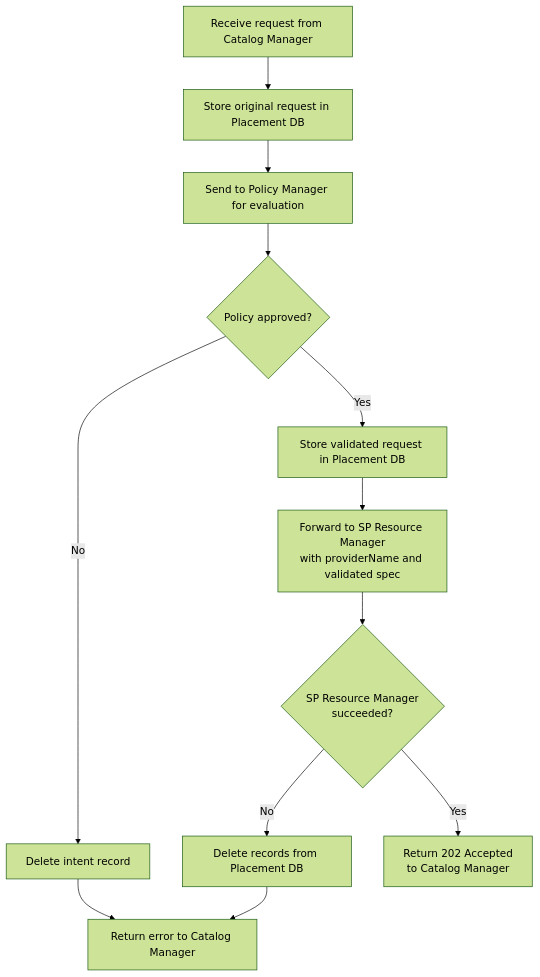
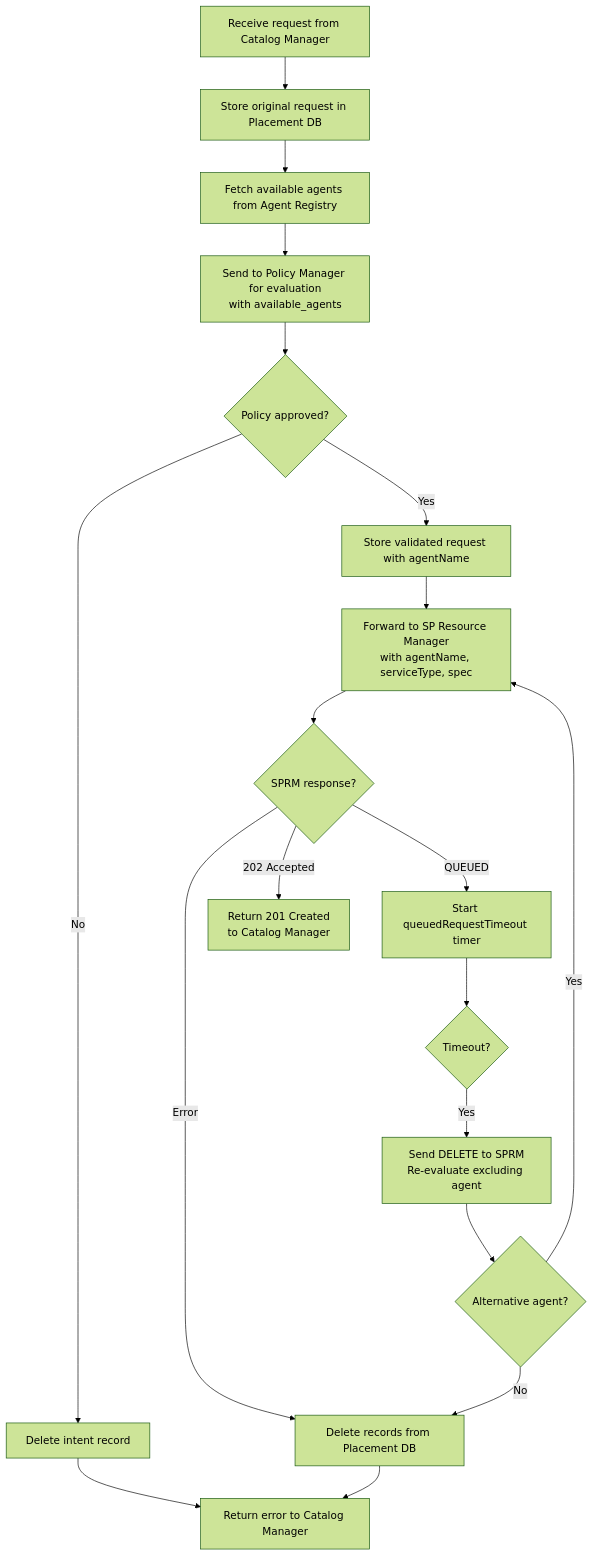
Before and after one commit to dcm-project/enhancements: diagram 15 of 23 in enhancements/user-flows/user-flows.md, drawn with Mermaid (forest theme). The commit also changed other lines of this file and 7 other files, not shown here.

````diff
--- a/enhancements/user-flows/user-flows.md
+++ b/enhancements/user-flows/user-flows.md
@@ -684,14 +903,21 @@
 ```mermaid
 flowchart TD
     A[Receive request from Catalog Manager] --> B[Store original request in Placement DB]
-    B --> C[Send to Policy Manager for evaluation]
-    C --> D{Policy approved?}
-    D -->|No| E[Delete intent record]
-    E --> F[Return error to Catalog Manager]
-    D -->|Yes| G[Store validated request in Placement DB]
-    G --> H[Forward to SP Resource Manager<br/>with providerName and validated spec]
-    H --> I{SP Resource Manager<br/>succeeded?}
-    I -->|No| J[Delete records from Placement DB]
-    J --> F
-    I -->|Yes| K[Return 202 Accepted<br/>to Catalog Manager]
+    B --> C[Fetch available agents from Agent Registry]
+    C --> D[Send to Policy Manager for evaluation<br/>with available_agents]
+    D --> E{Policy approved?}
+    E -->|No| F[Delete intent record]
+    F --> G[Return error to Catalog Manager]
+    E -->|Yes| H[Store validated request with agentName]
+    H --> I[Forward to SP Resource Manager<br/>with agentName, serviceType, spec]
+    I --> J{SPRM response?}
+    J -->|Error| K[Delete records from Placement DB]
+    K --> G
+    J -->|202 Accepted| L[Return 201 Created<br/>to Catalog Manager]
+    J -->|QUEUED| M[Start queuedRequestTimeout timer]
+    M --> N{Timeout?}
+    N -->|Yes| O[Send DELETE to SPRM<br/>Re-evaluate excluding agent]
+    O --> P{Alternative agent?}
+    P -->|Yes| I
+    P -->|No| K
 ```
````
